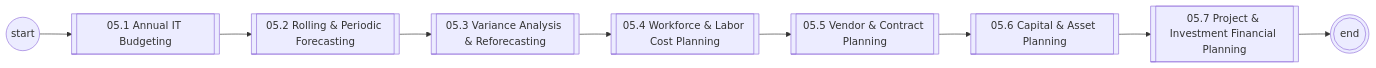
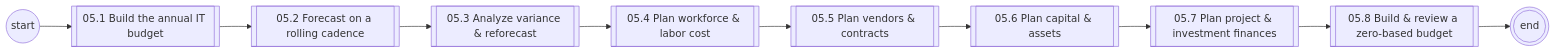
The first of 9 diagrams in diagrams/mermaid/area-05.md (corbyjames/apptio-process-catalog), drawn with Mermaid before and after one commit. The commit also changed other lines of this file and 251 other files, not shown here.

````diff
--- a/diagrams/mermaid/area-05.md
+++ b/diagrams/mermaid/area-05.md
@@ -7,19 +7,21 @@
 ```mermaid
 flowchart LR
   S((start))
-  N05_1[["05.1 Annual IT Budgeting"]]
+  N05_1[["05.1 Build the annual IT budget"]]
   S --> N05_1
-  N05_2[["05.2 Rolling & Periodic Forecasting"]]
+  N05_2[["05.2 Forecast on a rolling cadence"]]
   N05_1 --> N05_2
-  N05_3[["05.3 Variance Analysis & Reforecasting"]]
+  N05_3[["05.3 Analyze variance & reforecast"]]
   N05_2 --> N05_3
-  N05_4[["05.4 Workforce & Labor Cost Planning"]]
+  N05_4[["05.4 Plan workforce & labor cost"]]
   N05_3 --> N05_4
-  N05_5[["05.5 Vendor & Contract Planning"]]
+  N05_5[["05.5 Plan vendors & contracts"]]
   N05_4 --> N05_5
-  N05_6[["05.6 Capital & Asset Planning"]]
+  N05_6[["05.6 Plan capital & assets"]]
   N05_5 --> N05_6
-  N05_7[["05.7 Project & Investment Financial Planning"]]
+  N05_7[["05.7 Plan project & investment finances"]]
   N05_6 --> N05_7
-  N05_7 --> E(((end)))
+  N05_8[["05.8 Build & review a zero-based budget"]]
+  N05_7 --> N05_8
+  N05_8 --> E(((end)))
 ```
````
